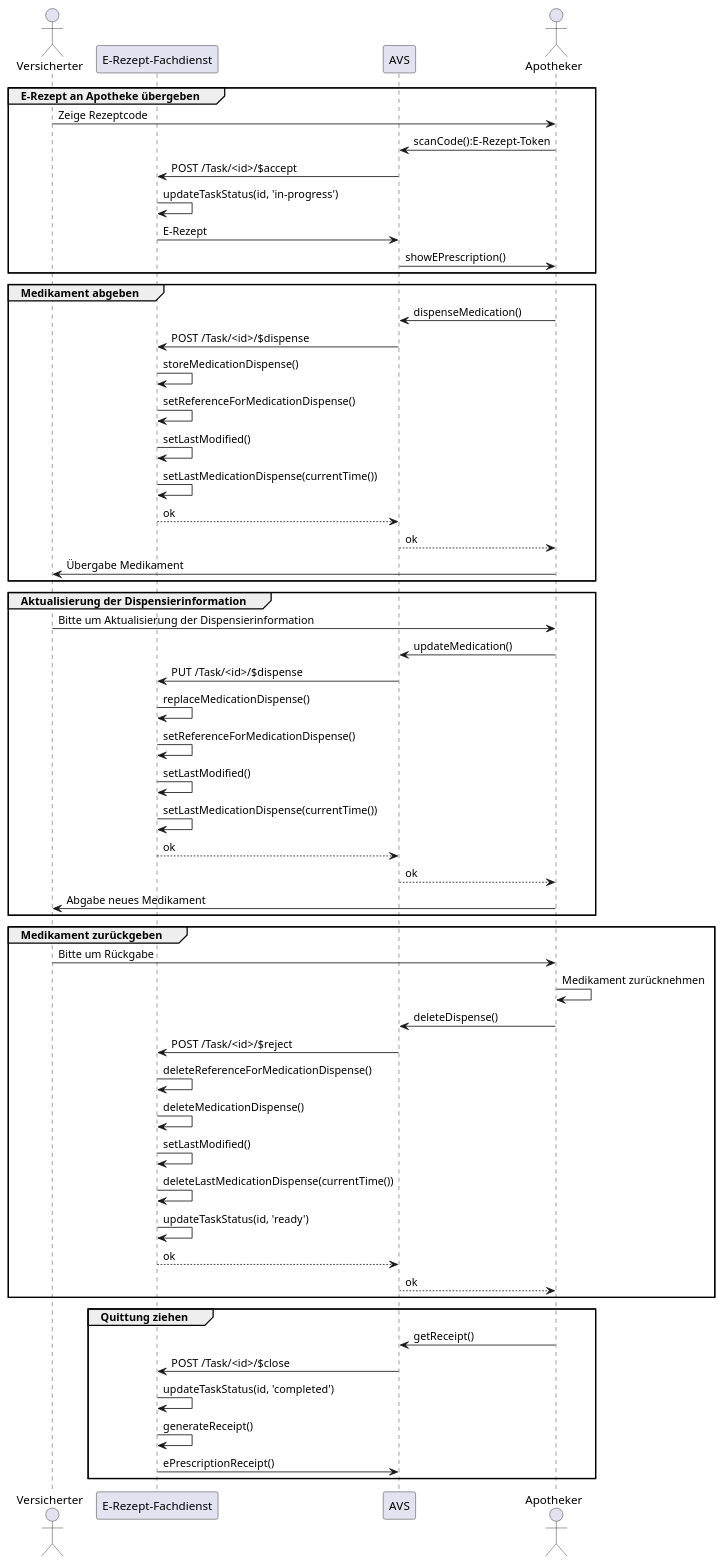
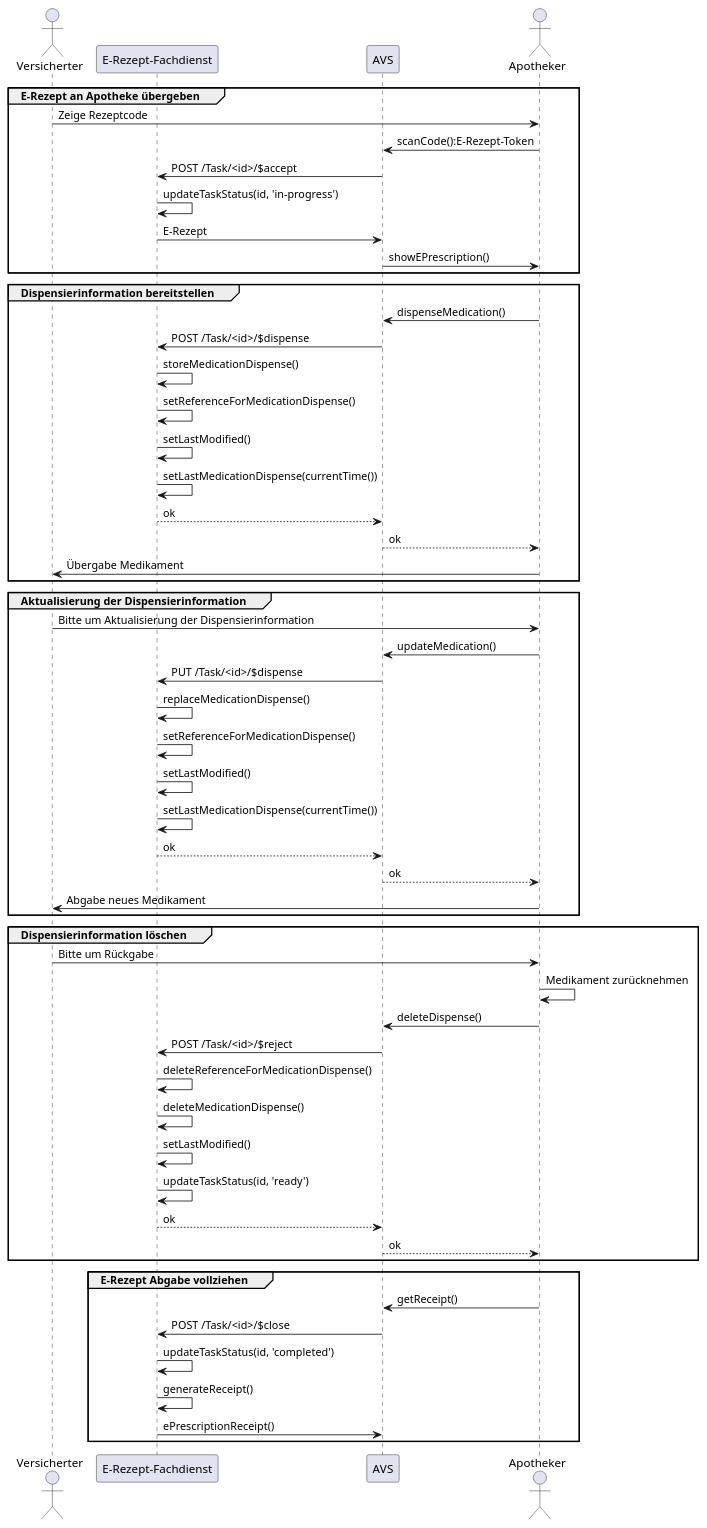
The diagram in puml/fdv_zustaende_sequenz.puml (gematik/api-erp), drawn with PlantUML before and after one commit. The commit also changed 1 other file, not shown here.

Commit message:
Update abgabediagram

```diff
--- a/puml/fdv_zustaende_sequenz.puml
+++ b/puml/fdv_zustaende_sequenz.puml
@@ -1,65 +1,64 @@
 @startuml Aktualisierte Abgabeinformationen
 
 actor Versicherter
 participant "E-Rezept-Fachdienst" as FD
 participant AVS
 actor Apotheker
 
 group E-Rezept an Apotheke übergeben
 Versicherter -> Apotheker: Zeige Rezeptcode
 Apotheker -> AVS: scanCode():E-Rezept-Token
 AVS -> FD: POST /Task/<id>/$accept
 FD -> FD: updateTaskStatus(id, 'in-progress')
 FD -> AVS: E-Rezept
 AVS -> Apotheker: showEPrescription()
 end
 
-group Medikament abgeben
+group Dispensierinformation bereitstellen
 Apotheker -> AVS: dispenseMedication()
 AVS -> FD: POST /Task/<id>/$dispense
 FD -> FD: storeMedicationDispense()
 FD -> FD: setReferenceForMedicationDispense()
 FD -> FD: setLastModified()
 FD -> FD: setLastMedicationDispense(currentTime())
 FD --> AVS: ok
 AVS --> Apotheker: ok
 Apotheker -> Versicherter: Übergabe Medikament
 end
 
 group Aktualisierung der Dispensierinformation
 Versicherter -> Apotheker: Bitte um Aktualisierung der Dispensierinformation
 Apotheker -> AVS: updateMedication()
 AVS -> FD: PUT /Task/<id>/$dispense
 FD -> FD: replaceMedicationDispense()
 FD -> FD: setReferenceForMedicationDispense()
 FD -> FD: setLastModified()
 FD -> FD: setLastMedicationDispense(currentTime())
 FD --> AVS: ok
 AVS --> Apotheker: ok
 Apotheker -> Versicherter: Abgabe neues Medikament
 end
 
-group Medikament zurückgeben
+group Dispensierinformation löschen
 Versicherter -> Apotheker: Bitte um Rückgabe
 Apotheker -> Apotheker: Medikament zurücknehmen
 Apotheker -> AVS: deleteDispense()
 AVS -> FD: POST /Task/<id>/$reject
 FD -> FD: deleteReferenceForMedicationDispense()
 FD -> FD: deleteMedicationDispense()
 FD -> FD: setLastModified()
-FD -> FD: deleteLastMedicationDispense(currentTime())
 FD -> FD: updateTaskStatus(id, 'ready')
 FD --> AVS: ok
 AVS --> Apotheker: ok
 end
 
-group Quittung ziehen
+group E-Rezept Abgabe vollziehen 
 Apotheker -> AVS: getReceipt()
 AVS -> FD: POST /Task/<id>/$close
 FD -> FD: updateTaskStatus(id, 'completed')
 FD -> FD: generateReceipt()
 FD -> AVS: ePrescriptionReceipt()
 end
 
 
 @enduml
```
